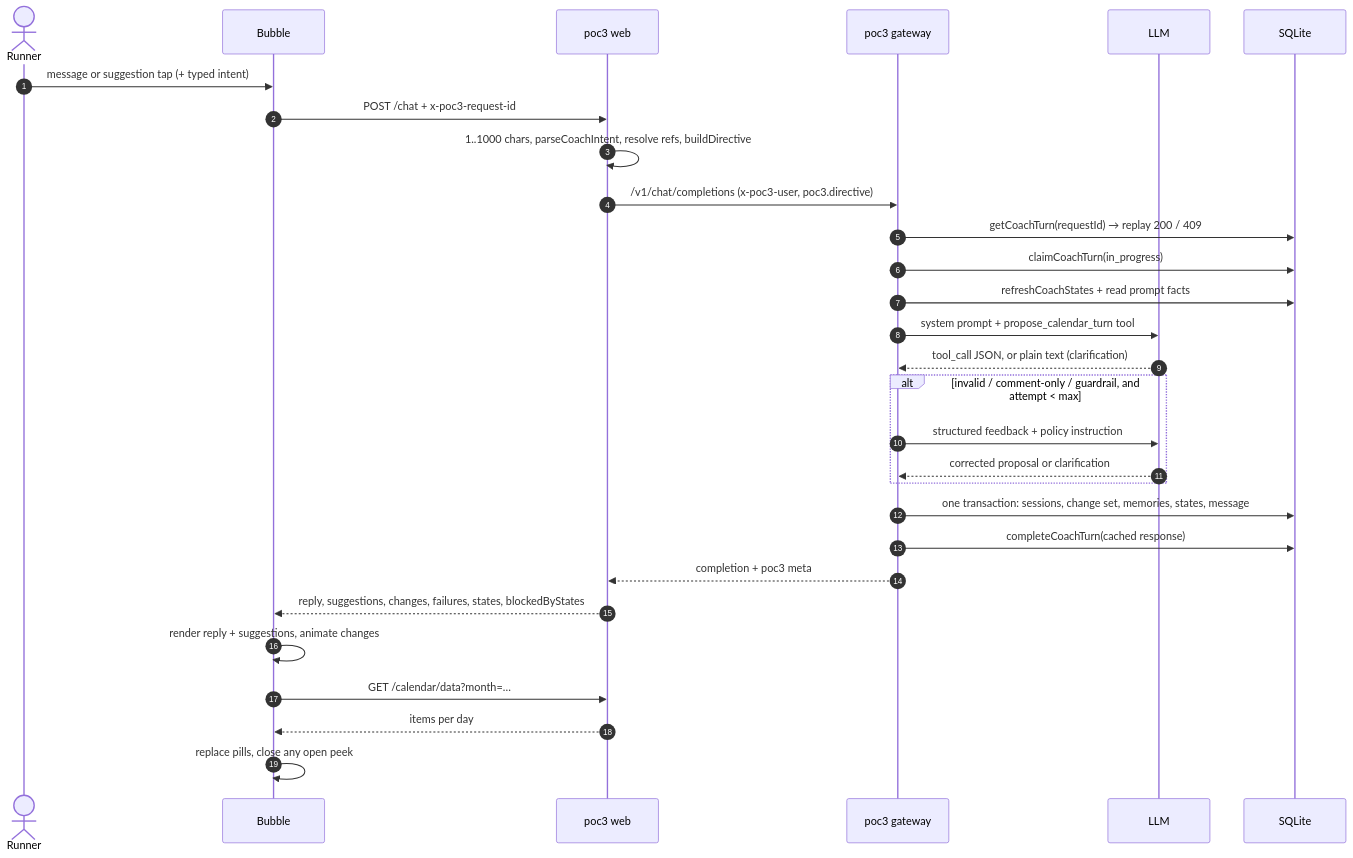
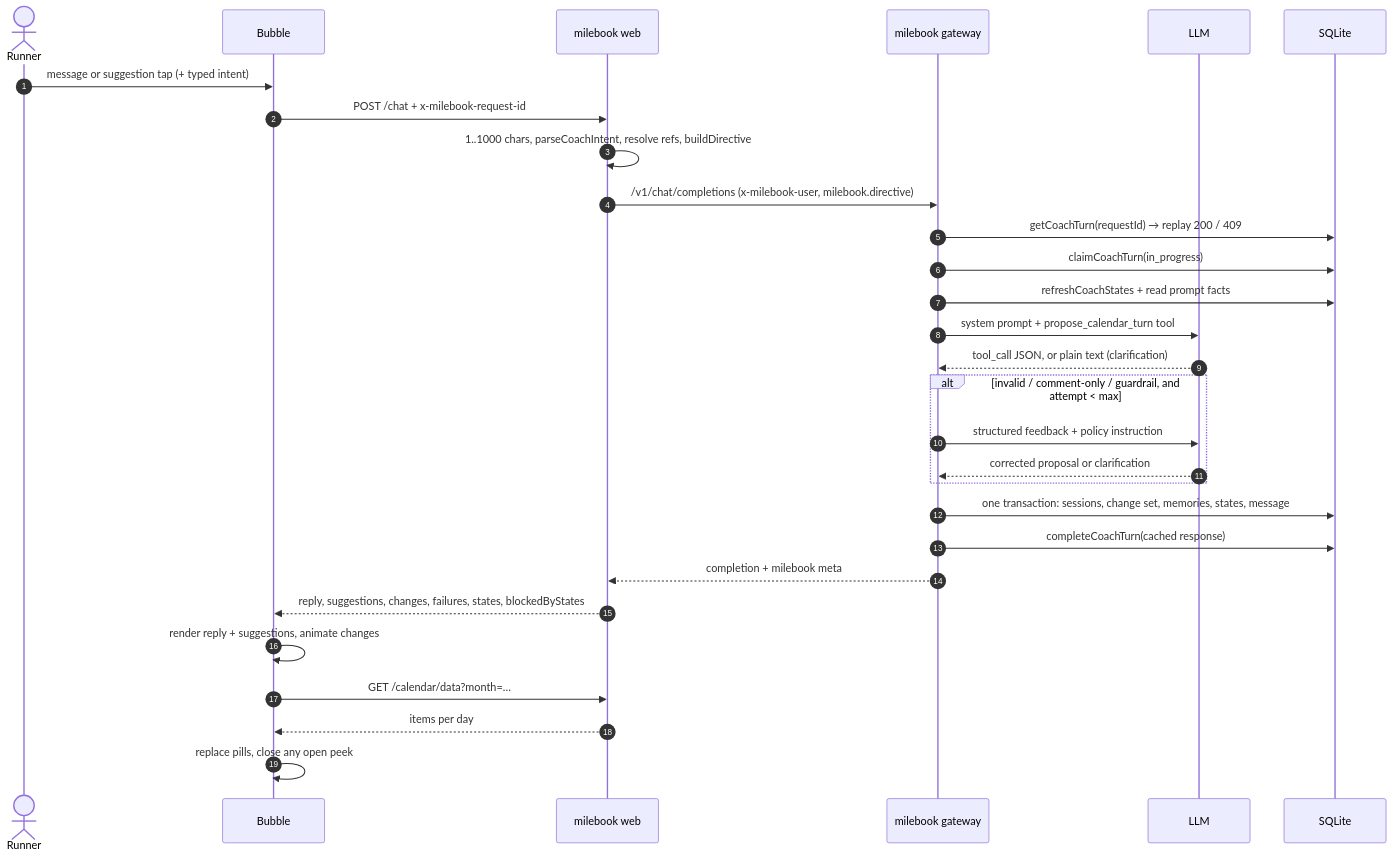
The second of 3 diagrams in docs/analysis/01-user-workflow-map.md (nkyang10/training-planner-3), drawn with Mermaid before and after one commit. The commit also changed other lines of this file and 51 other files, not shown here.

First line of the commit message:
Milebook: rebrand POC3 -> Milebook (brand/titles, contract keys, env+cookies, docs, deploy, Windows task); legacy names still honoured; 556 tests, live redeployed

````diff
--- a/docs/analysis/01-user-workflow-map.md
+++ b/docs/analysis/01-user-workflow-map.md
@@ -570,31 +570,31 @@
 ```mermaid
 sequenceDiagram
   autonumber
   actor R as Runner
   participant B as Bubble
-  participant W as poc3 web
-  participant G as poc3 gateway
+  participant W as milebook web
+  participant G as milebook gateway
   participant M as LLM
   participant DB as SQLite
   R->>B: message or suggestion tap (+ typed intent)
-  B->>W: POST /chat + x-poc3-request-id
+  B->>W: POST /chat + x-milebook-request-id
   W->>W: 1..1000 chars, parseCoachIntent, resolve refs, buildDirective
-  W->>G: /v1/chat/completions (x-poc3-user, poc3.directive)
+  W->>G: /v1/chat/completions (x-milebook-user, milebook.directive)
   G->>DB: getCoachTurn(requestId) → replay 200 / 409
   G->>DB: claimCoachTurn(in_progress)
   G->>DB: refreshCoachStates + read prompt facts
   G->>M: system prompt + propose_calendar_turn tool
   M-->>G: tool_call JSON, or plain text (clarification)
   alt invalid / comment-only / guardrail, and attempt < max
     G->>M: structured feedback + policy instruction
     M-->>G: corrected proposal or clarification
   end
   G->>DB: one transaction: sessions, change set, memories, states, message
   G->>DB: completeCoachTurn(cached response)
-  G-->>W: completion + poc3 meta
+  G-->>W: completion + milebook meta
   W-->>B: reply, suggestions, changes, failures, states, blockedByStates
   B->>B: render reply + suggestions, animate changes
   B->>W: GET /calendar/data?month=…
   W-->>B: items per day
   B->>B: replace pills, close any open peek
 ```
````
